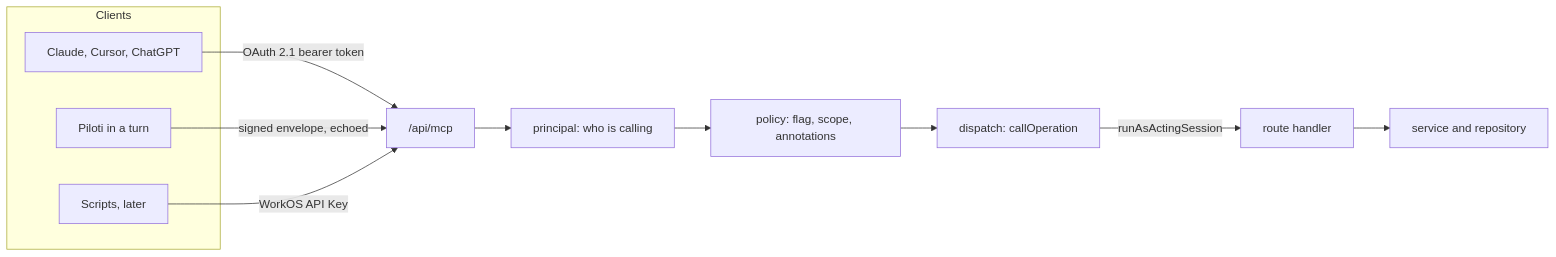
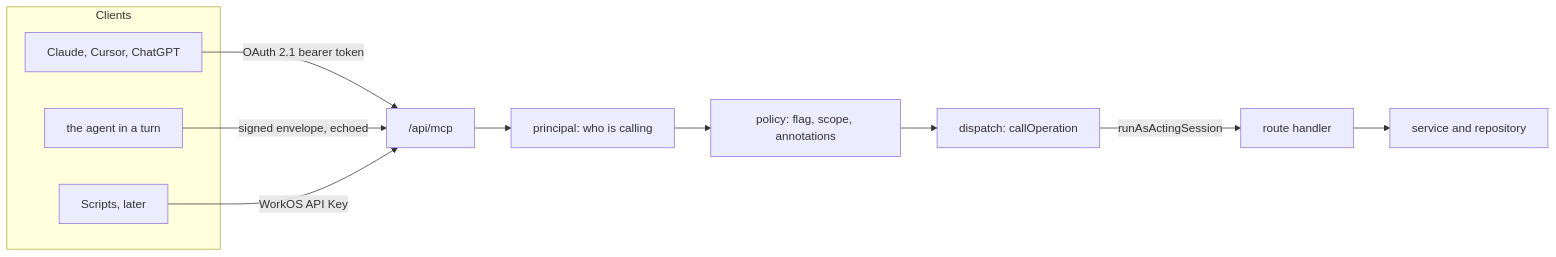
One commit to archos-at/archos changed the first of 2 diagrams in docs/architecture/agent-surface.md. Above: the diagram before and after it, drawn with Mermaid. The commit also changed other lines of this file and 494 other files, not shown here.

````diff
--- a/docs/architecture/agent-surface.md
+++ b/docs/architecture/agent-surface.md
@@ -16,16 +16,16 @@
 ```mermaid
 flowchart LR
   subgraph clients [Clients]
     ext[Claude, Cursor, ChatGPT]
-    pil[Piloti in a turn]
+    pil[the agent in a turn]
     later[Scripts, later]
   end
   ext -- OAuth 2.1 bearer token --> mcp
   pil -- signed envelope, echoed --> mcp
   later -- WorkOS API Key --> mcp
   mcp["/api/mcp"] --> principal[principal: who is calling]
   principal --> policy[policy: flag, scope, annotations]
   policy --> dispatch["dispatch: callOperation"]
   dispatch -- "runAsActingSession" --> handler[route handler]
   handler --> service[service and repository]
 ```
````
